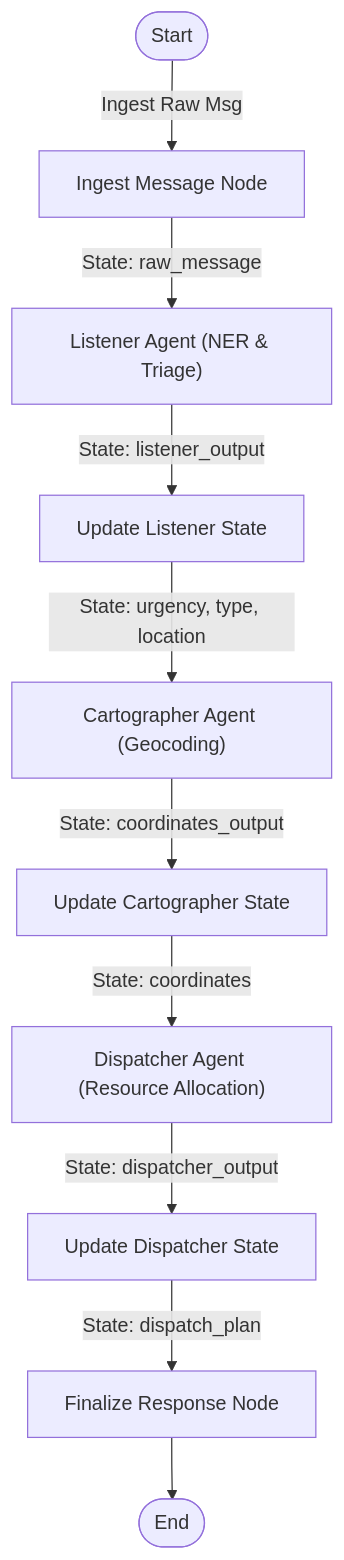
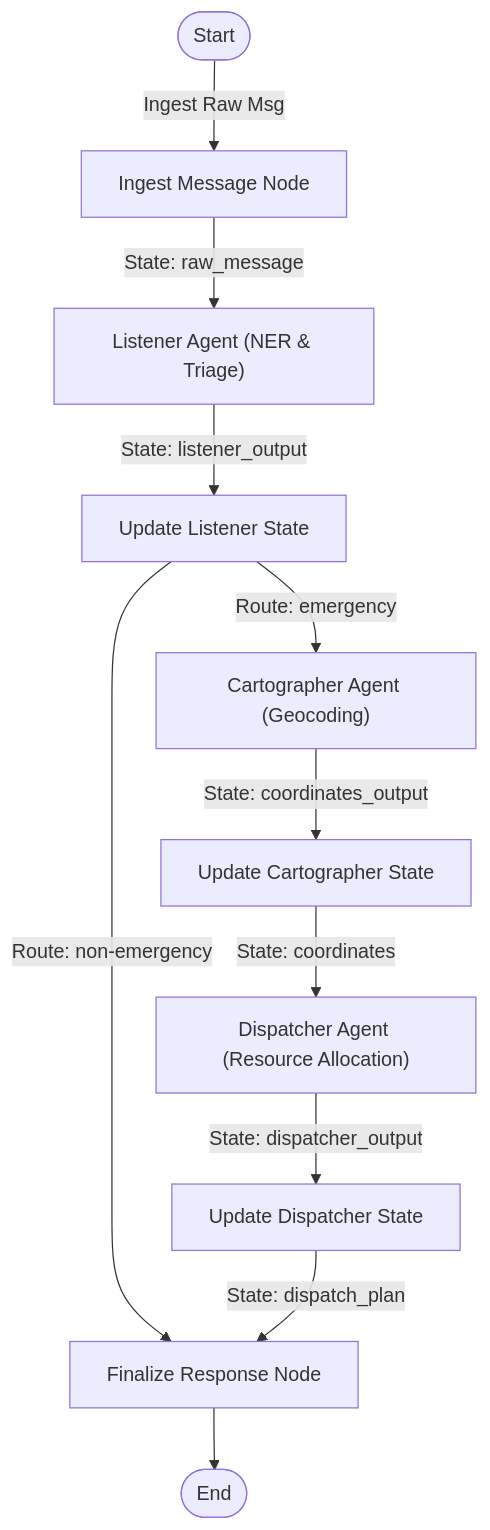
The diagram in DETAILED_DOCUMENTATION.md (ro-lex404/Crisis-Router-Multi-Agent-Emergency-Dispatch-Triage-System), drawn with Mermaid before and after one commit. The commit also changed other lines of this file and 1 other file, not shown here.

Commit message:
Update documentation with conditional emergency routing details

````diff
--- a/DETAILED_DOCUMENTATION.md
+++ b/DETAILED_DOCUMENTATION.md
@@ -22,12 +22,13 @@
 ```mermaid
 graph TD
     StartNode([Start]) -->|Ingest Raw Msg| IngestNode["Ingest Message Node"]
     IngestNode -->|State: raw_message| ListenerAgent["Listener Agent (NER & Triage)"]
     ListenerAgent -->|State: listener_output| UpdateListenerNode["Update Listener State"]
-    UpdateListenerNode -->|State: urgency, type, location| CartographerAgent["Cartographer Agent (Geocoding)"]
+    UpdateListenerNode -->|Route: emergency| CartographerAgent["Cartographer Agent (Geocoding)"]
+    UpdateListenerNode -->|Route: non-emergency| FinalizeNode["Finalize Response Node"]
     CartographerAgent -->|State: coordinates_output| UpdateCartographerNode["Update Cartographer State"]
     UpdateCartographerNode -->|State: coordinates| DispatcherAgent["Dispatcher Agent (Resource Allocation)"]
     DispatcherAgent -->|State: dispatcher_output| UpdateDispatcherNode["Update Dispatcher State"]
-    UpdateDispatcherNode -->|State: dispatch_plan| FinalizeNode["Finalize Response Node"]
+    UpdateDispatcherNode -->|State: dispatch_plan| FinalizeNode
     FinalizeNode --> EndNode([End])
 ```
````
